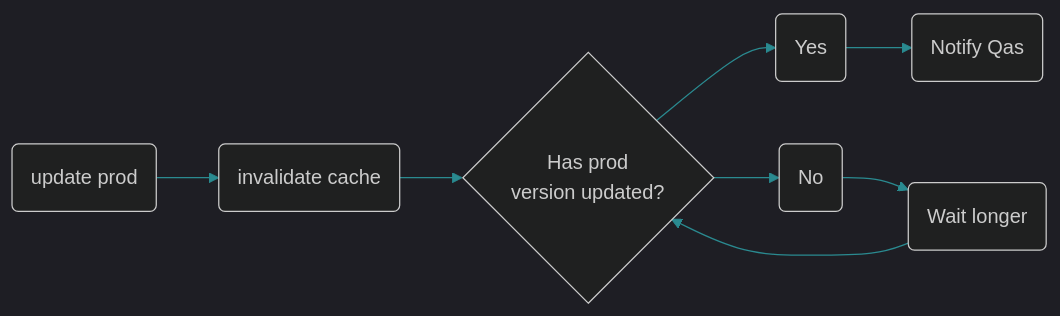
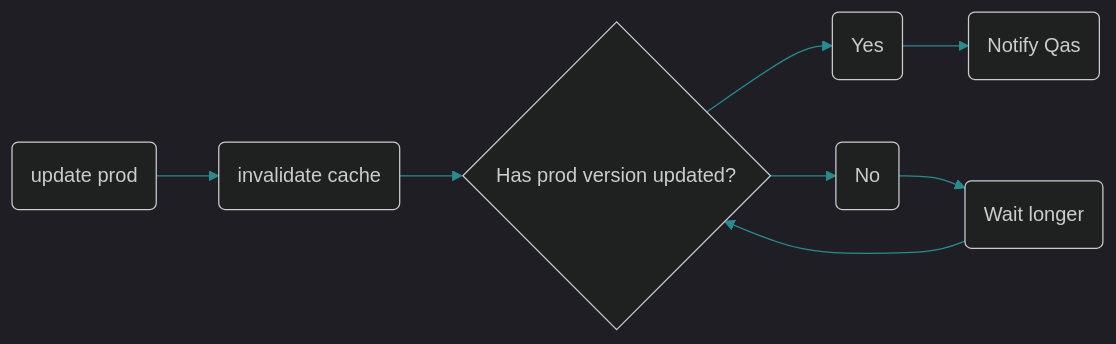
Before and after one commit to tearingItUp786/blog: the first of 2 diagrams in content/blog/15-scriptkit/index.mdx, drawn with Mermaid. The commit also changed other lines of this file, not shown here.

Commit message:
chore: fix issue with new markdown mermaid generator

````diff
--- a/content/blog/15-scriptkit/index.mdx
+++ b/content/blog/15-scriptkit/index.mdx
@@ -61,31 +61,31 @@
 ```mermaid
 %%{
   init: {
     'theme': 'dark',
     'themeVariables': {
 			'fontSize": '16px',
 			'primaryColor': '#b01d8b',
 			'primaryTextColor': '#f3f3f7',
 			'primaryBorderColor': '#D3BCC0',
 			'lineColor': '#2a8a90',
 			'secondaryColor': '#507DBC',
 			'tertiaryColor': '#F4F4F2'
     }
   }
 }%%
 graph LR
   A(update prod)
   B(invalidate cache)
-  C{Has prod \n version updated?}
+  C{Has prod version updated?}
   D(Notify Qas)
   D0(Yes)
   D1(No)
   E(Wait longer)
   A --> B
   B --> C
   C --> D0
   D0 --> D
   C --> D1
   D1 --> E
   E --> C
 ```
````
